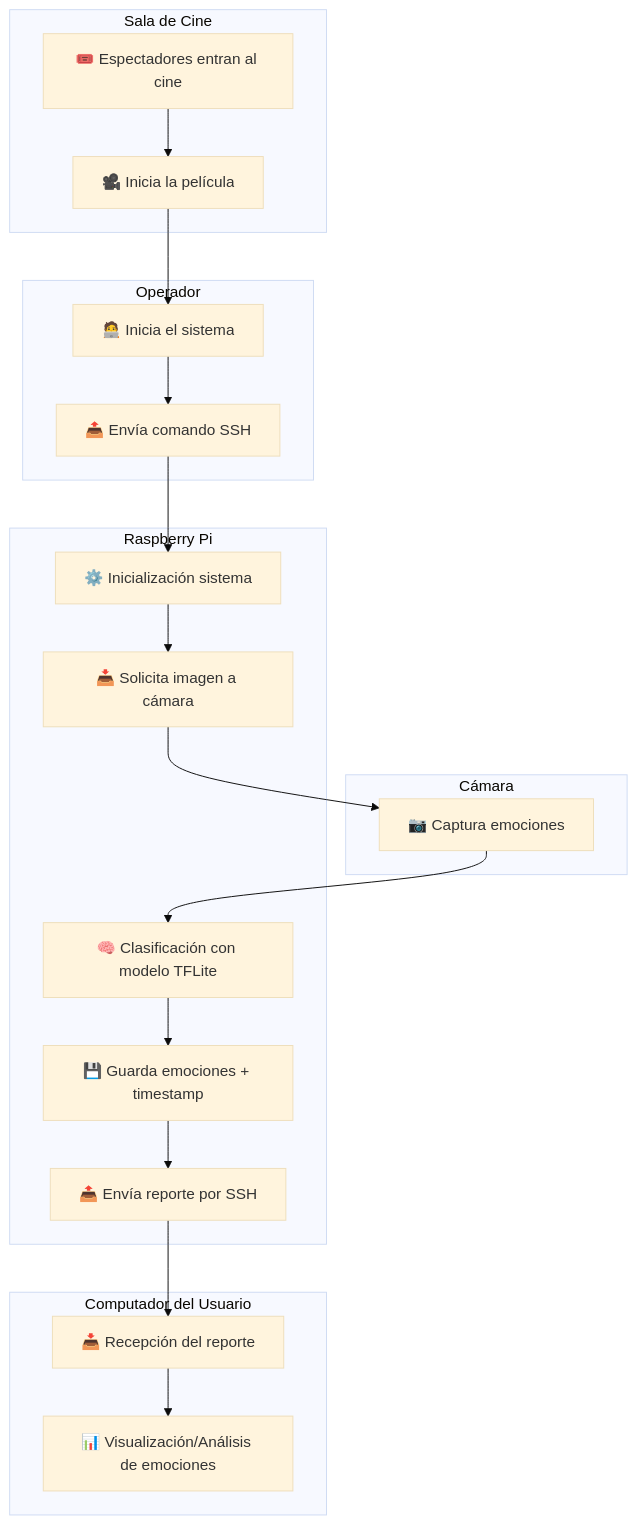
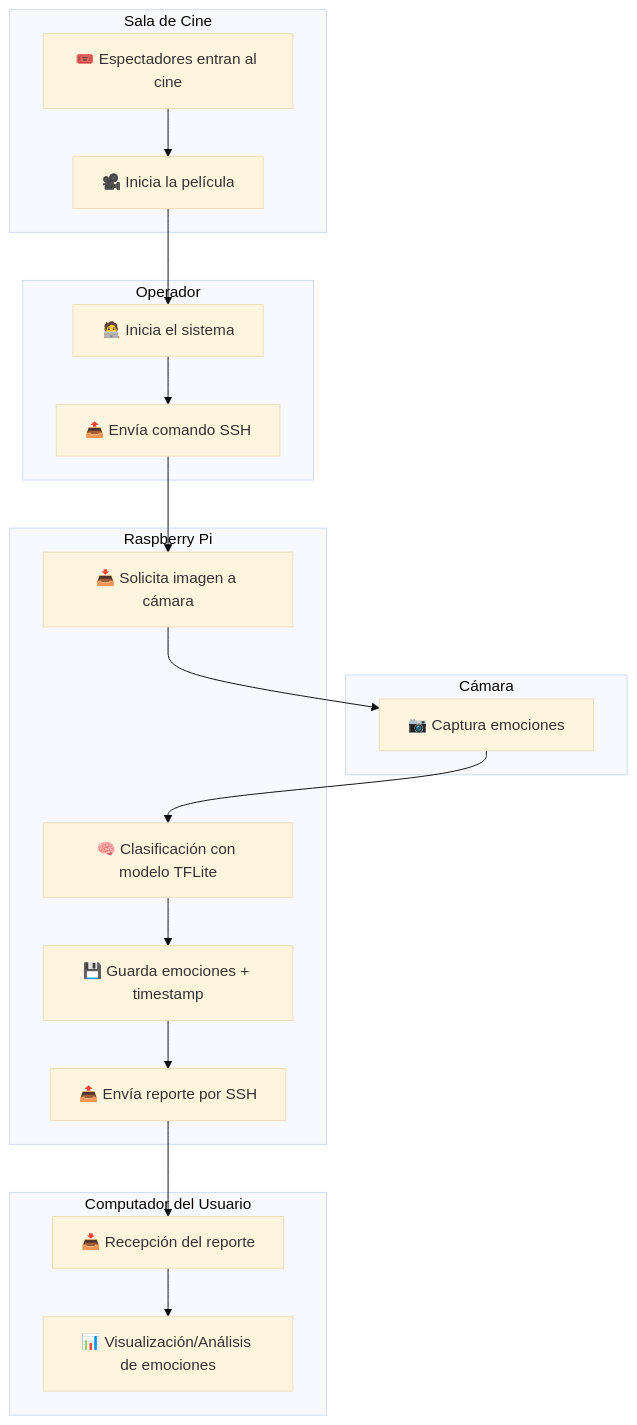
The diagram in docs/vista-operacional.md (lestorres/Reconocimiento_clasificacion_de_expresiones), drawn with Mermaid (base theme) before and after one commit.

````diff
--- a/docs/vista-operacional.md
+++ b/docs/vista-operacional.md
@@ -3,42 +3,40 @@
 ```mermaid
 flowchart TD
     subgraph Sala de Cine
         U1[🎟️ Espectadores entran al cine]
         U2[🎥 Inicia la película]
     end
 
     subgraph Operador
         O1[🧑‍💻 Inicia el sistema]
         O2[📤 Envía comando SSH]
     end
 
     subgraph Cámara
         CAM1[📷 Captura emociones]
     end
 
     subgraph Raspberry Pi
-        R1[⚙️ Inicialización sistema]
         R2[📥 Solicita imagen a cámara]
         R3[🧠 Clasificación con modelo TFLite]
         R4[💾 Guarda emociones + timestamp]
         R5[📤 Envía reporte por SSH]
     end
 
     subgraph Computador del Usuario
         CU1[📥 Recepción del reporte]
         CU2[📊 Visualización/Análisis de emociones]
     end
 
     U1 --> U2
     U2 --> O1
     O1 --> O2
-    O2 --> R1
-    R1 --> R2
+    O2 --> R2
     R2 --> CAM1
     CAM1 --> R3
     R3 --> R4
     R4 --> R5
     R5 --> CU1
     CU1 --> CU2
 
 ```
````
